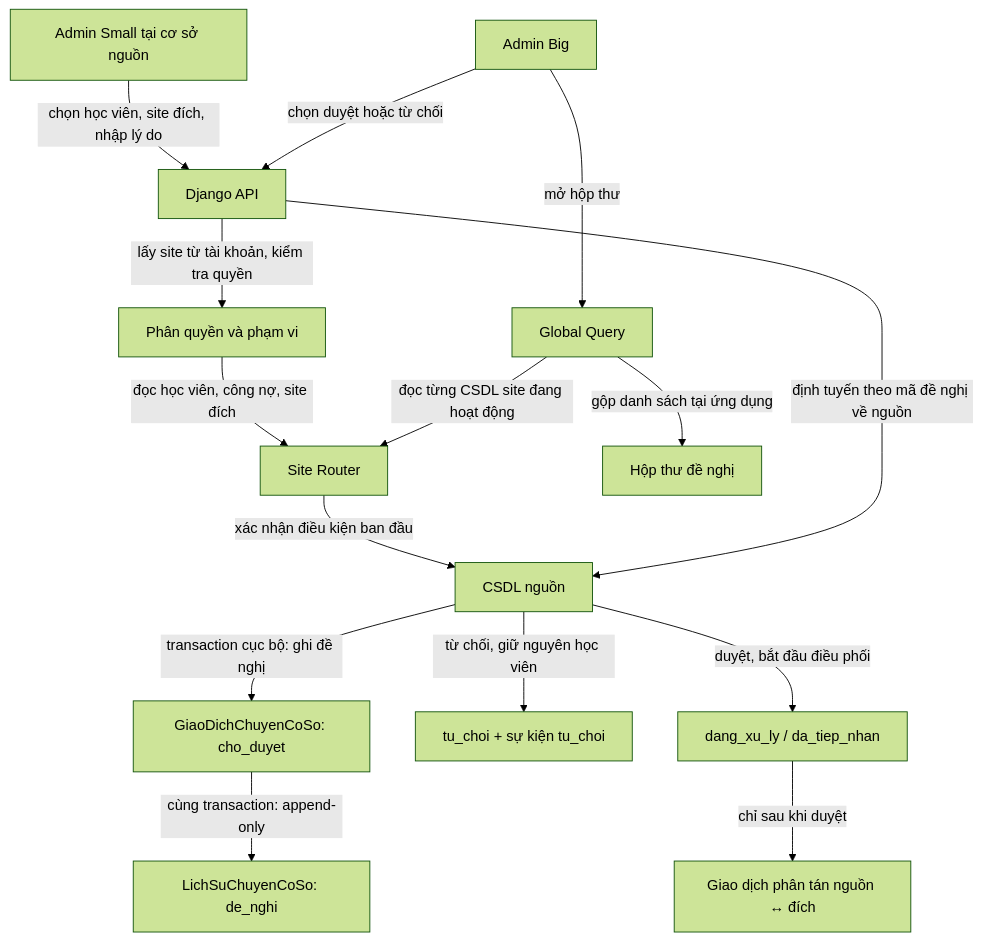
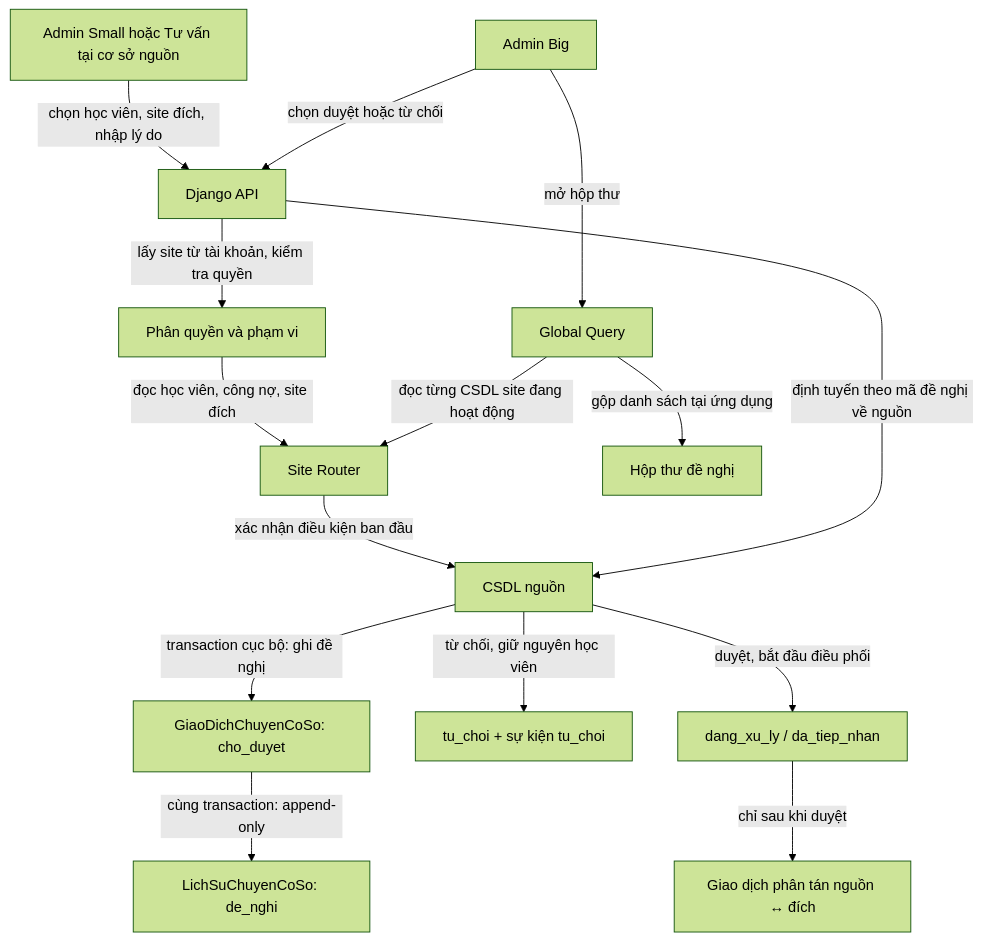
One commit to Quochieu2005/language-center-management changed the diagram in docs/QLTTNN-Giao-Dich-Phan-Tan.md. Above: the diagram before and after it, drawn with Mermaid (forest theme). The commit also changed other lines of this file and 17 other files, not shown here.

````diff
--- a/docs/QLTTNN-Giao-Dich-Phan-Tan.md
+++ b/docs/QLTTNN-Giao-Dich-Phan-Tan.md
@@ -57,17 +59,17 @@
 ```mermaid
 flowchart TD
-    Small["Admin Small tại cơ sở nguồn"] -->|chọn học viên, site đích, nhập lý do| API["Django API"]
+    Requester["Admin Small hoặc Tư vấn tại cơ sở nguồn"] -->|chọn học viên, site đích, nhập lý do| API["Django API"]
     API -->|lấy site từ tài khoản, kiểm tra quyền| Permission["Phân quyền và phạm vi"]
     Permission -->|đọc học viên, công nợ, site đích| Router["Site Router"]
     Router -->|xác nhận điều kiện ban đầu| Source["CSDL nguồn"]
     Source -->|transaction cục bộ: ghi đề nghị| Request["GiaoDichChuyenCoSo: cho_duyet"]
     Request -->|cùng transaction: append-only| EventRequest["LichSuChuyenCoSo: de_nghi"]
     Big["Admin Big"] -->|mở hộp thư| Global["Global Query"]
     Global -->|đọc từng CSDL site đang hoạt động| Router
     Global -->|gộp danh sách tại ứng dụng| Inbox["Hộp thư đề nghị"]
     Big -->|chọn duyệt hoặc từ chối| API
     API -->|định tuyến theo mã đề nghị về nguồn| Source
     Source -->|từ chối, giữ nguyên học viên| Rejected["tu_choi + sự kiện tu_choi"]
     Source -->|duyệt, bắt đầu điều phối| Approved["dang_xu_ly / da_tiep_nhan"]
     Approved -->|chỉ sau khi duyệt| Distributed["Giao dịch phân tán nguồn ↔ đích"]
 ```
````
